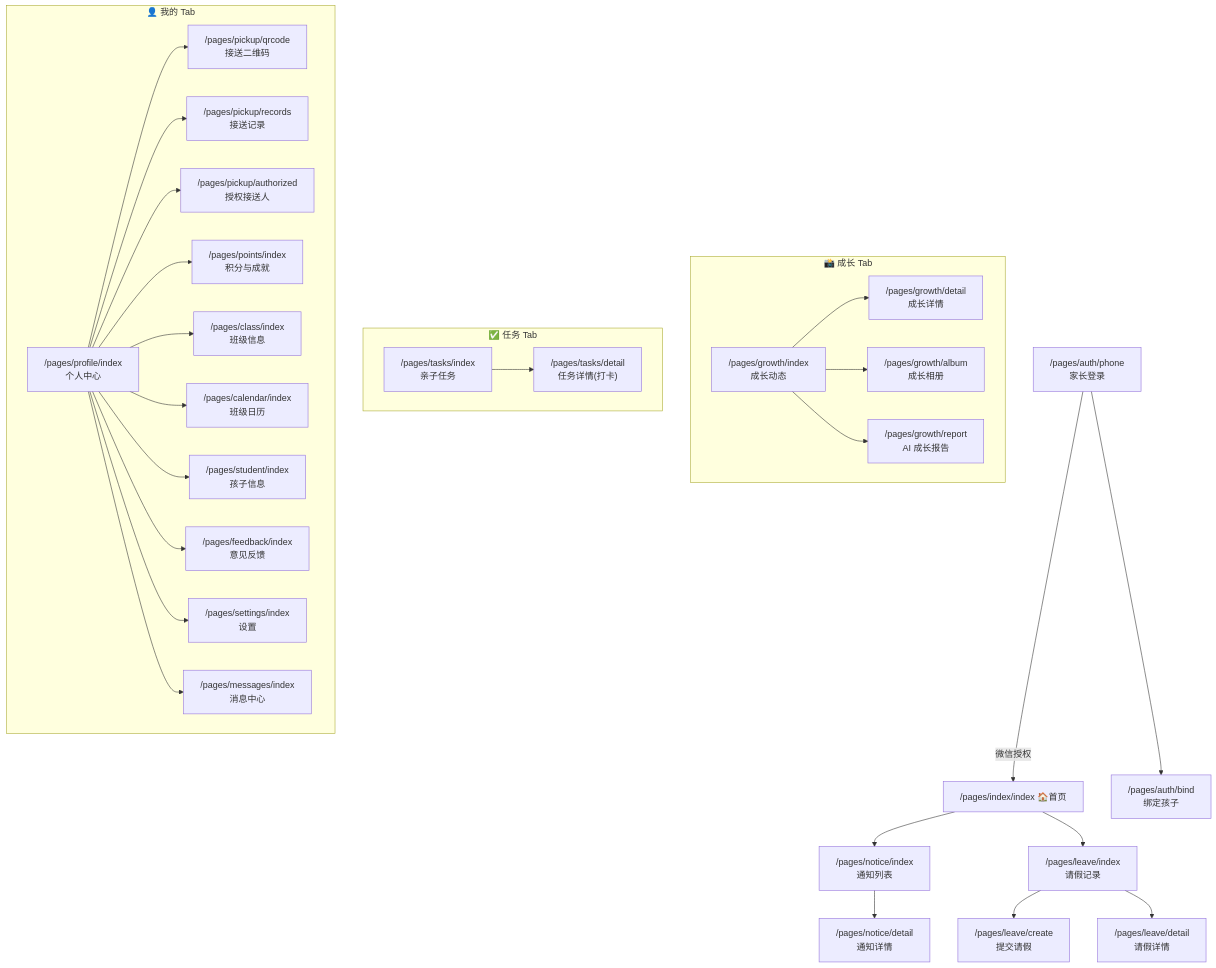
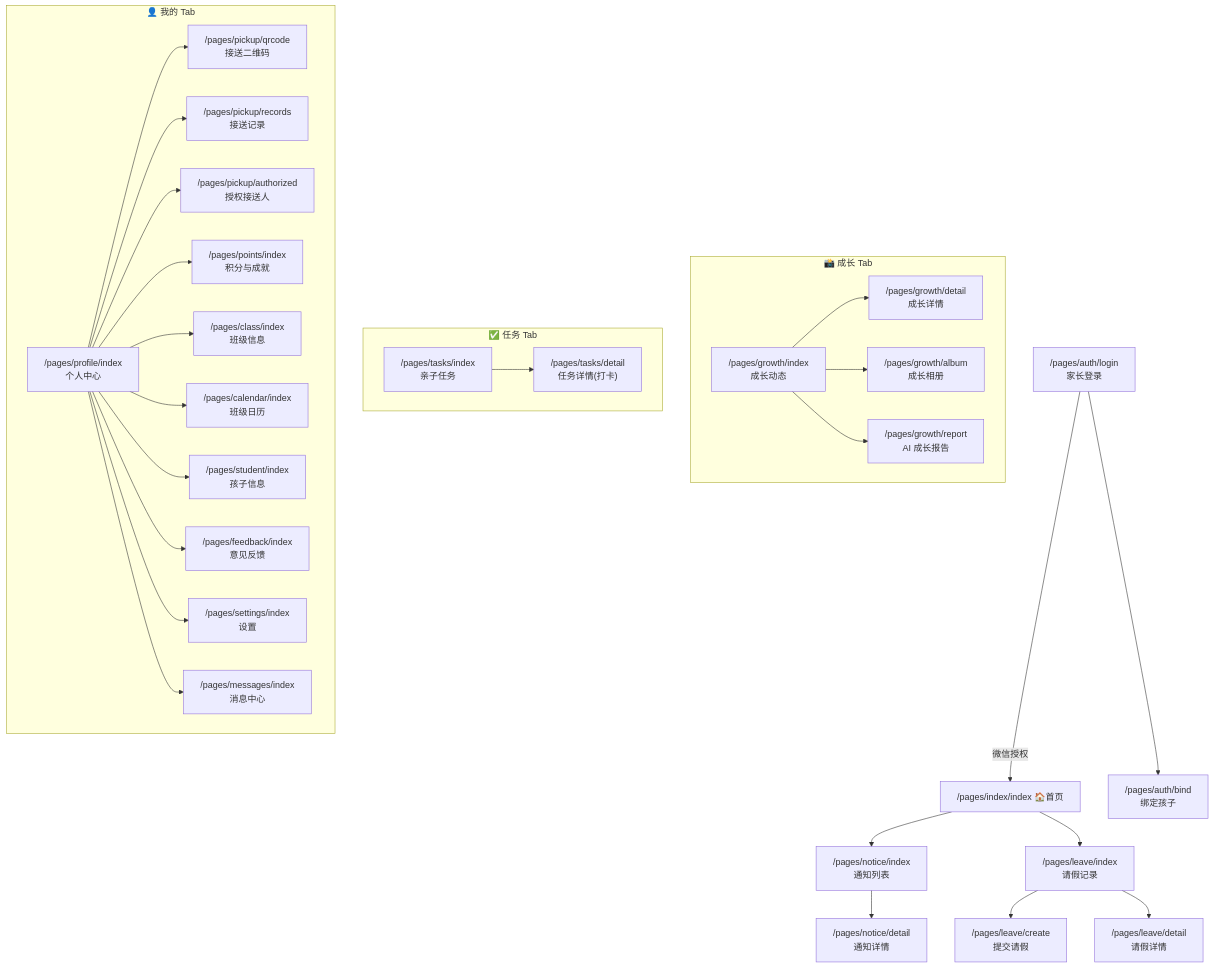
The fifth of 18 diagrams in 产品设计文档/10-产品设计图.md (yuanhaisu/kindergarten), drawn with Mermaid before and after one commit. The commit also changed other lines of this file and 23 other files, not shown here.

````diff
--- a/产品设计文档/10-产品设计图.md
+++ b/产品设计文档/10-产品设计图.md
@@ -141,38 +141,38 @@
 ```mermaid
 graph TD
-    Login_P["/pages/auth/phone<br/>家长登录"] -->|微信授权| Home["/pages/index/index 🏠首页"]
+    Login_P["/pages/auth/login<br/>家长登录"] -->|微信授权| Home["/pages/index/index 🏠首页"]
     Login_P --> Bind["/pages/auth/bind<br/>绑定孩子"]
 
     Home --> NoticeList["/pages/notice/index<br/>通知列表"]
     NoticeList --> NoticeDetail["/pages/notice/detail<br/>通知详情"]
 
     Home --> LeaveList["/pages/leave/index<br/>请假记录"]
     LeaveList --> LeaveCreate["/pages/leave/create<br/>提交请假"]
     LeaveList --> LeaveDetail["/pages/leave/detail<br/>请假详情"]
 
     subgraph GrowthTab["📸 成长 Tab"]
         GrowthFeed["/pages/growth/index<br/>成长动态"]
         GrowthFeed --> GrowthDetail_P["/pages/growth/detail<br/>成长详情"]
         GrowthFeed --> GrowthAlbum["/pages/growth/album<br/>成长相册"]
         GrowthFeed --> GrowthReport["/pages/growth/report<br/>AI 成长报告"]
     end
 
     subgraph TaskTab["✅ 任务 Tab"]
         TaskList_P["/pages/tasks/index<br/>亲子任务"]
         TaskList_P --> TaskDetail["/pages/tasks/detail<br/>任务详情(打卡)"]
     end
 
     subgraph ProfileTab["👤 我的 Tab"]
         Profile_P["/pages/profile/index<br/>个人中心"]
         Profile_P --> PickupQR["/pages/pickup/qrcode<br/>接送二维码"]
         Profile_P --> PickupRecords_P["/pages/pickup/records<br/>接送记录"]
         Profile_P --> AuthPerson["/pages/pickup/authorized<br/>授权接送人"]
         Profile_P --> PointsPage["/pages/points/index<br/>积分与成就"]
         Profile_P --> ClassInfo_P["/pages/class/index<br/>班级信息"]
         Profile_P --> Calendar_P["/pages/calendar/index<br/>班级日历"]
         Profile_P --> StudentMgmt["/pages/student/index<br/>孩子信息"]
         Profile_P --> Feedback["/pages/feedback/index<br/>意见反馈"]
         Profile_P --> Settings["/pages/settings/index<br/>设置"]
         Profile_P --> Messages_P["/pages/messages/index<br/>消息中心"]
     end
 ```
````
